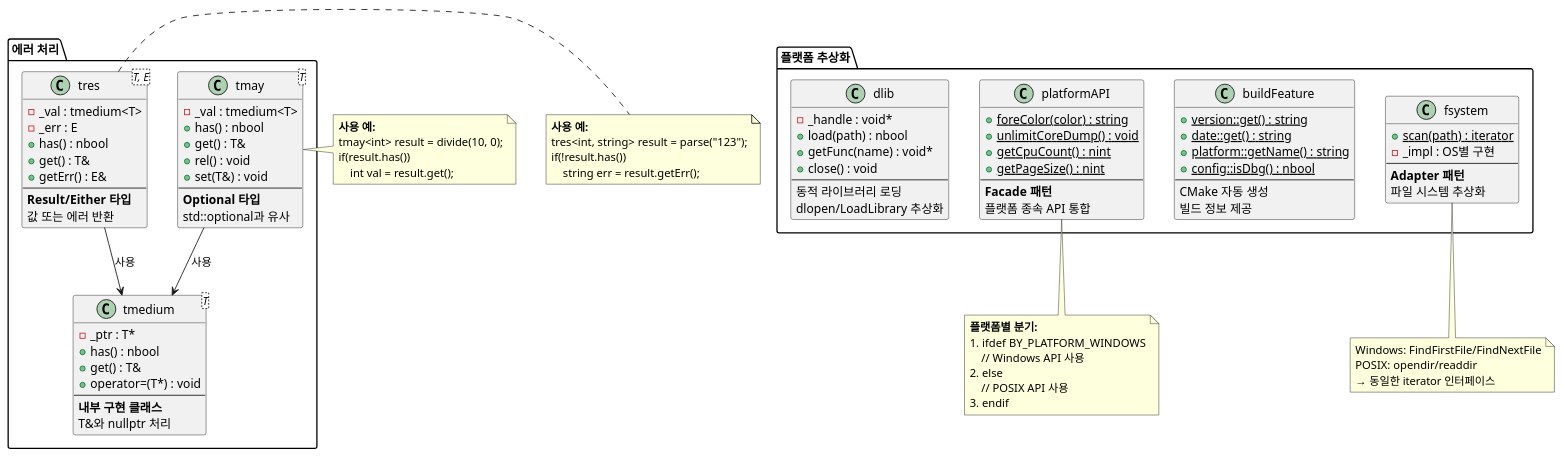
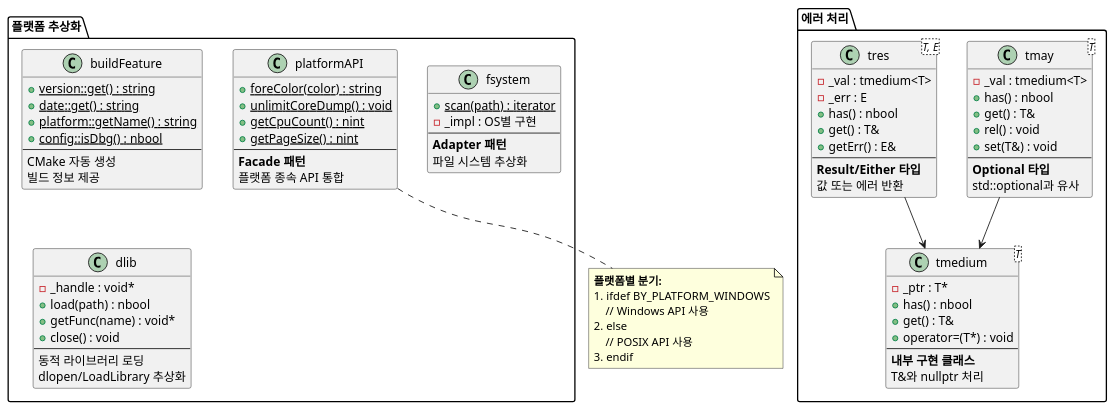
One commit to byeolang/byeol changed the first of 2 diagrams in doc/ref/ko/ad-architecture-indep.md. Above: the diagram before and after it, drawn with PlantUML. The commit also changed 1 other file, not shown here.

Commit message:
doc: fix diagram for architecture

```diff
--- a/doc/ref/ko/ad-architecture-indep.md
+++ b/doc/ref/ko/ad-architecture-indep.md
@@ -81,22 +81,8 @@
     }
 }
 
-tmay --> tmedium : 사용
-tres --> tmedium : 사용
-
-note right of tmay
-  <b>사용 예:</b>
-  tmay<int> result = divide(10, 0);
-  if(result.has())
-      int val = result.get();
-end note
-
-note right of tres
-  <b>사용 예:</b>
-  tres<int, string> result = parse("123");
-  if(!result.has())
-      string err = result.getErr();
-end note
+tmay --> tmedium
+tres --> tmedium
 
 note bottom of platformAPI
   <b>플랫폼별 분기:</b>
@@ -106,11 +92,4 @@
       // POSIX API 사용
   #endif
 end note
-
-note bottom of fsystem
-  Windows: FindFirstFile/FindNextFile
-  POSIX: opendir/readdir
-  → 동일한 iterator 인터페이스
-end note
-
 @enduml
```
